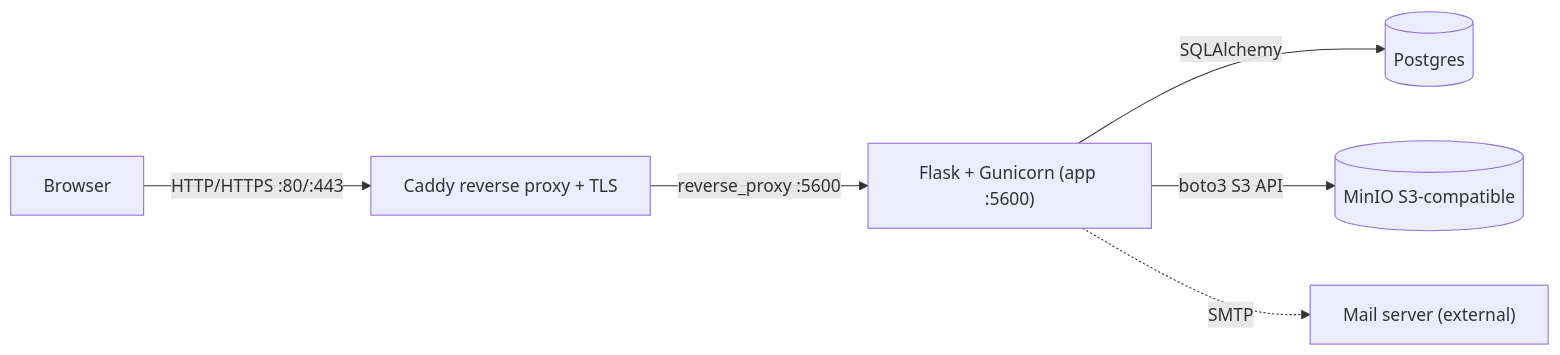
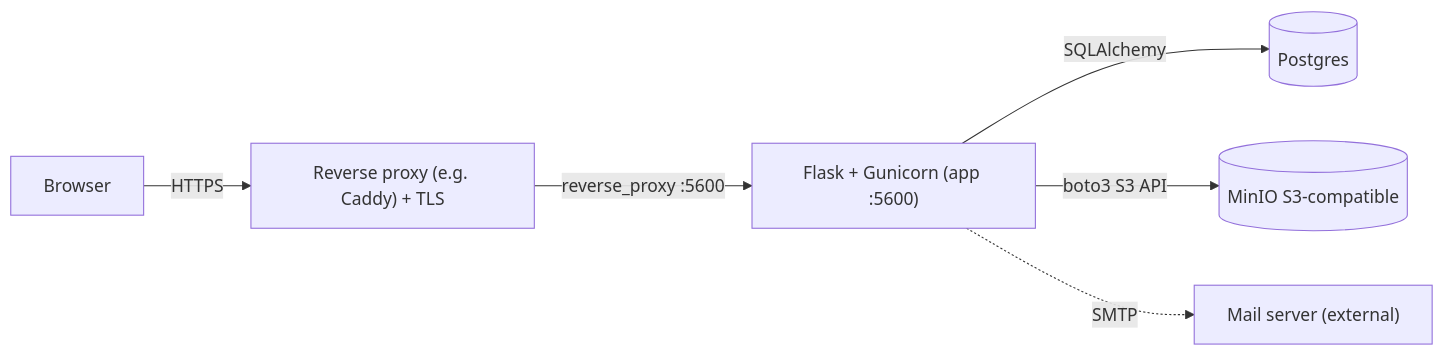
One commit to ChristopherBiel/TriviaQuiz changed the first of 2 diagrams in docs/01-architecture.md. Above: the diagram before and after it, drawn with Mermaid. The commit also changed other lines of this file and 14 other files, not shown here.

Commit message:
Updated documentation to mirror recent architecture changes

````diff
--- a/docs/01-architecture.md
+++ b/docs/01-architecture.md
@@ -5,14 +5,14 @@
 ```mermaid
 flowchart LR
     Browser[Browser]
-    Caddy["Caddy reverse proxy + TLS"]
+    Proxy["Reverse proxy (e.g. Caddy) + TLS"]
     App["Flask + Gunicorn (app :5600)"]
     Postgres[(Postgres)]
     MinIO[("MinIO S3-compatible")]
 
-    Browser -->|"HTTP/HTTPS :80/:443"| Caddy
-    Caddy -->|"reverse_proxy :5600"| App
+    Browser -->|"HTTPS"| Proxy
+    Proxy -->|"reverse_proxy :5600"| App
     App -->|SQLAlchemy| Postgres
     App -->|"boto3 S3 API"| MinIO
     App -.->|SMTP| Mail["Mail server (external)"]
 ```
````
